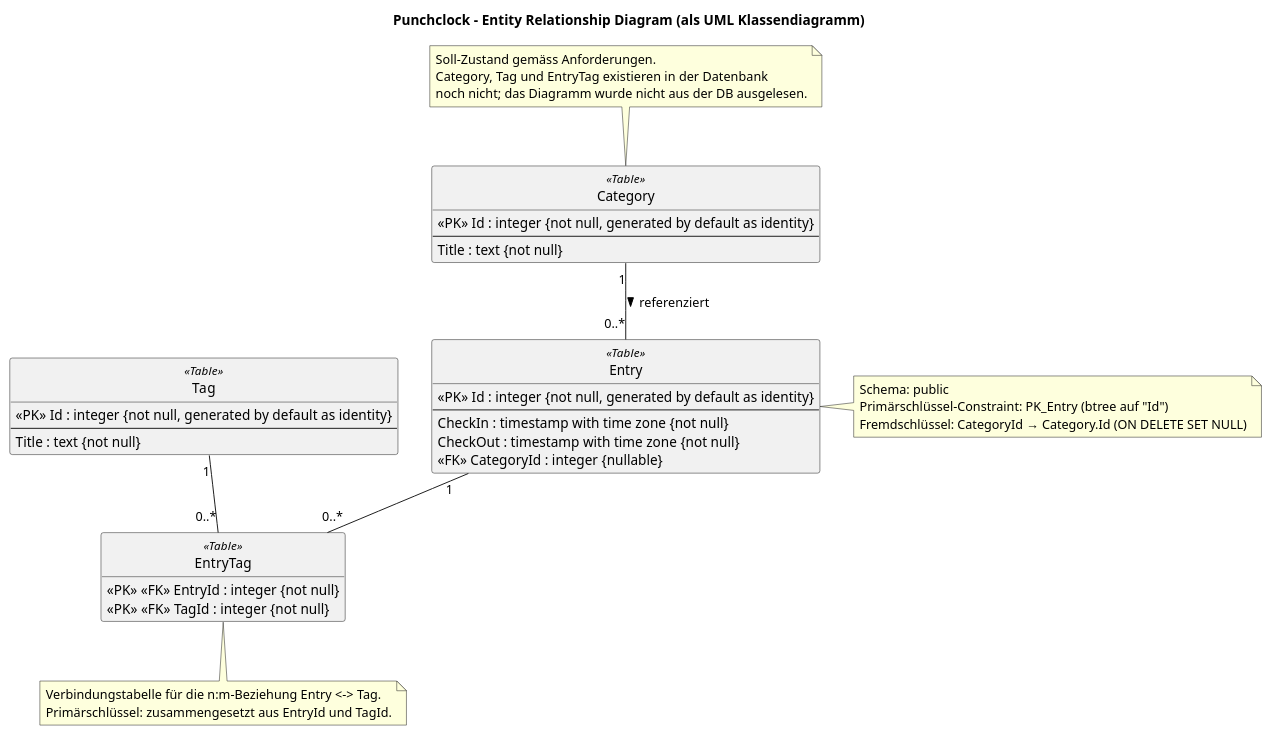
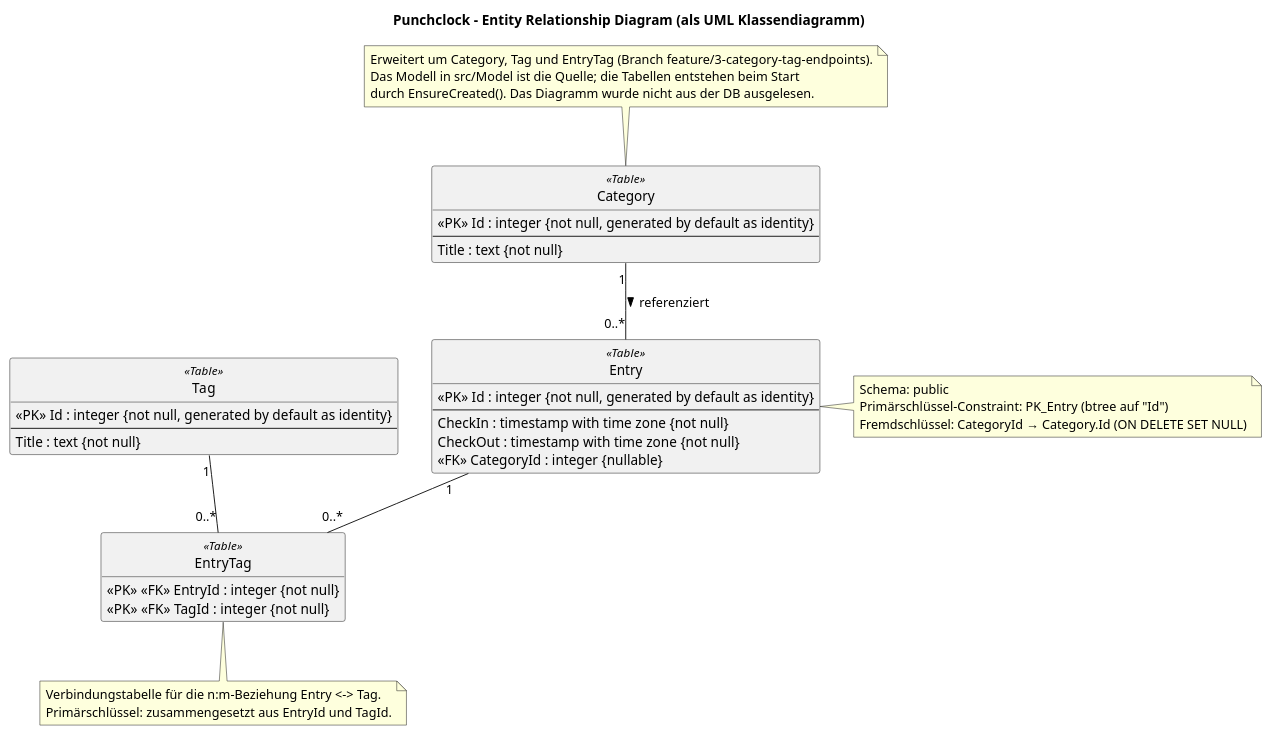
One commit to bretscherjan/m223-punchclock-bretscherjan changed the diagram in docs/diagrams/erd.puml. Above: the diagram before and after it, drawn with PlantUML. The commit also changed 6 other files, not shown here.

Commit message:
feat: Implement Category and Tag management with CRUD operations and example data service

```diff
--- a/docs/diagrams/erd.puml
+++ b/docs/diagrams/erd.puml
@@ -1,63 +1,63 @@
 @startuml erd
 title Punchclock – Entity Relationship Diagram (als UML Klassendiagramm)
 
 skinparam shadowing false
 skinparam classAttributeIconSize 0
 hide methods
 hide circle
 
 ' Quelle Entry: Tabelle public."Entry" in der PostgreSQL-Datenbank (Container "db"),
 ' ausgelesen mit  \d "Entry"  bzw. in PgAdmin unter Schemas > public > Tables.
 ' Category, Tag und EntryTag sind die ergänzten Anforderungen (Modell in src/Model).
 
 class Entry <<Table>> {
   <<PK>> Id : integer {not null, generated by default as identity}
   --
   CheckIn : timestamp with time zone {not null}
   CheckOut : timestamp with time zone {not null}
   <<FK>> CategoryId : integer {nullable}
 }
 
 class Category <<Table>> {
   <<PK>> Id : integer {not null, generated by default as identity}
   --
   Title : text {not null}
 }
 
 class Tag <<Table>> {
   <<PK>> Id : integer {not null, generated by default as identity}
   --
   Title : text {not null}
 }
 
 class EntryTag <<Table>> {
   <<PK>> <<FK>> EntryId : integer {not null}
   <<PK>> <<FK>> TagId : integer {not null}
 }
 
 ' 1:n – eine Category kann mehreren Entries zugeordnet sein, ein Entry hat höchstens eine Category
 Category "1" -- "0..*" Entry : referenziert >
 
 ' n:m – ein Entry kann mehrere Tags haben, ein Tag kann mehreren Entries zugeordnet sein
 Entry "1" -- "0..*" EntryTag
 Tag "1" -- "0..*" EntryTag
 
 note right of Entry
   Schema: public
   Primärschlüssel-Constraint: PK_Entry (btree auf "Id")
   Fremdschlüssel: CategoryId → Category.Id (ON DELETE SET NULL)
 end note
 
 note bottom of EntryTag
   Verbindungstabelle für die n:m-Beziehung Entry <-> Tag.
   Primärschlüssel: zusammengesetzt aus EntryId und TagId.
 end note
 
 note as N1
-  Soll-Zustand gemäss Anforderungen.
-  Category, Tag und EntryTag existieren in der Datenbank
-  noch nicht; das Diagramm wurde nicht aus der DB ausgelesen.
+  Erweitert um Category, Tag und EntryTag (Branch feature/3-category-tag-endpoints).
+  Das Modell in src/Model ist die Quelle; die Tabellen entstehen beim Start
+  durch EnsureCreated(). Das Diagramm wurde nicht aus der DB ausgelesen.
 end note
 N1 .. Category
 
 @enduml
```
